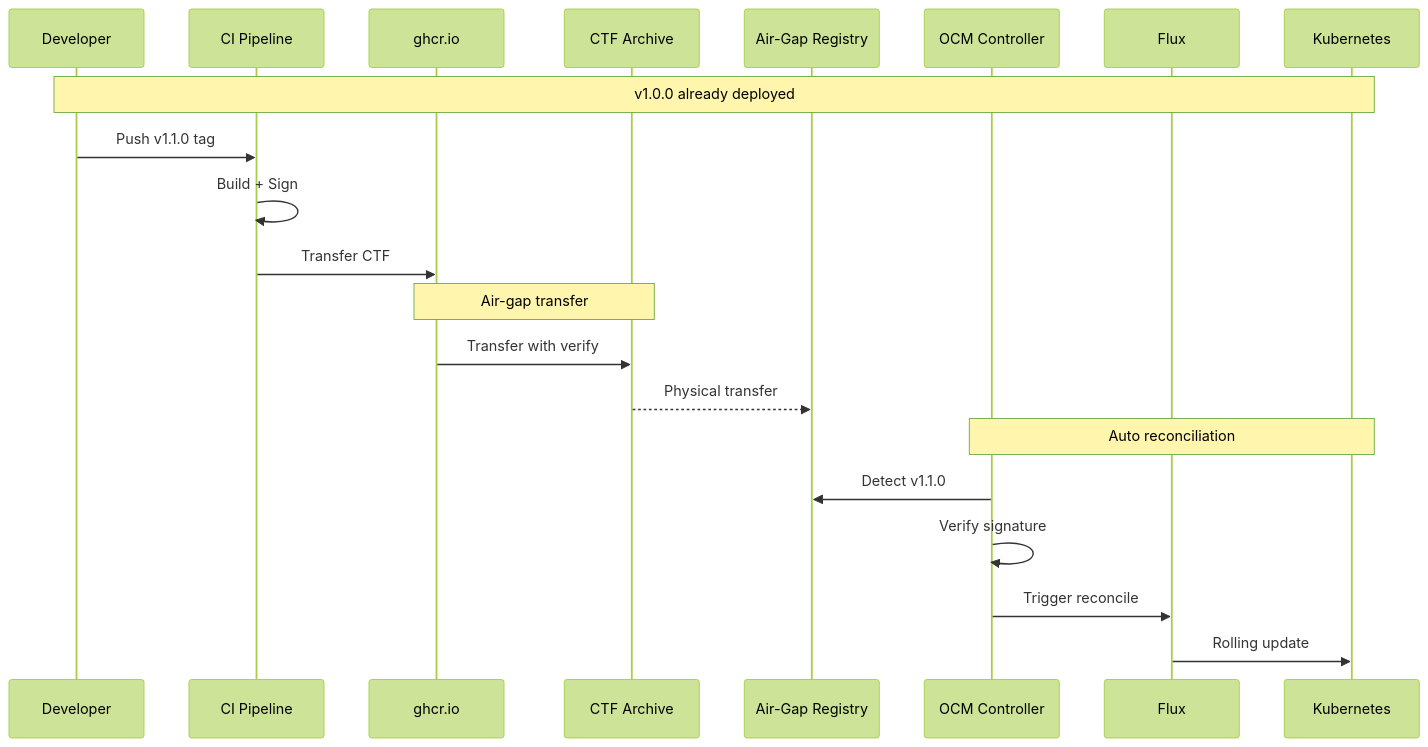
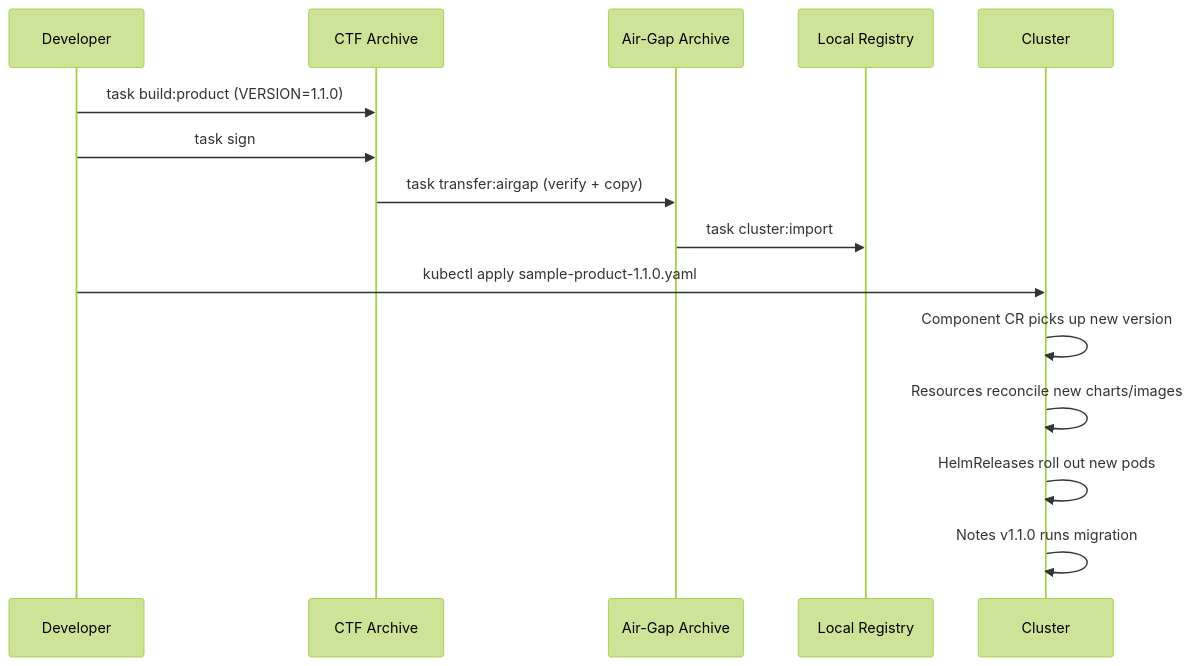
The fourth of 4 diagrams in docs/adr/0013_sovereign_cloud_reference_scenario.md (open-component-model/open-component-model), drawn with Mermaid (forest theme) before and after one commit. The commit also changed other lines of this file and 8 other files, not shown here.

````diff
--- a/docs/adr/0013_sovereign_cloud_reference_scenario.md
+++ b/docs/adr/0013_sovereign_cloud_reference_scenario.md
@@ -1727,27 +445,18 @@
 ```mermaid
 sequenceDiagram
     participant Dev as Developer
-    participant CI as CI Pipeline
-    participant GHCR as ghcr.io
     participant CTF as CTF Archive
-    participant Airgap as Air-Gap Registry
-    participant Controller as OCM Controller
-    participant Flux as Flux
-    participant K8s as Kubernetes
+    participant Airgap as Air-Gap Archive
+    participant Reg as Local Registry
+    participant K8s as Cluster
 
-    Note over Dev,K8s: v1.0.0 already deployed
-
-    Dev->>CI: Push v1.1.0 tag
-    CI->>CI: Build + Sign
-    CI->>GHCR: Transfer CTF
-
-    Note over GHCR,CTF: Air-gap transfer
-    GHCR->>CTF: Transfer with verify
-    CTF-->>Airgap: Physical transfer
-
-    Note over Controller,K8s: Auto reconciliation
-    Controller->>Airgap: Detect v1.1.0
-    Controller->>Controller: Verify signature
-    Controller->>Flux: Trigger reconcile
-    Flux->>K8s: Rolling update
+    Dev->>CTF: task build:product (VERSION=1.1.0)
+    Dev->>CTF: task sign
+    CTF->>Airgap: task transfer:airgap (verify + copy)
+    Airgap->>Reg: task cluster:import
+    Dev->>K8s: kubectl apply sample-product-1.1.0.yaml
+    K8s->>K8s: Component CR picks up new version
+    K8s->>K8s: Resources reconcile new charts/images
+    K8s->>K8s: HelmReleases roll out new pods
+    K8s->>K8s: Notes v1.1.0 runs migration #2 (add title column)
 ```
````
